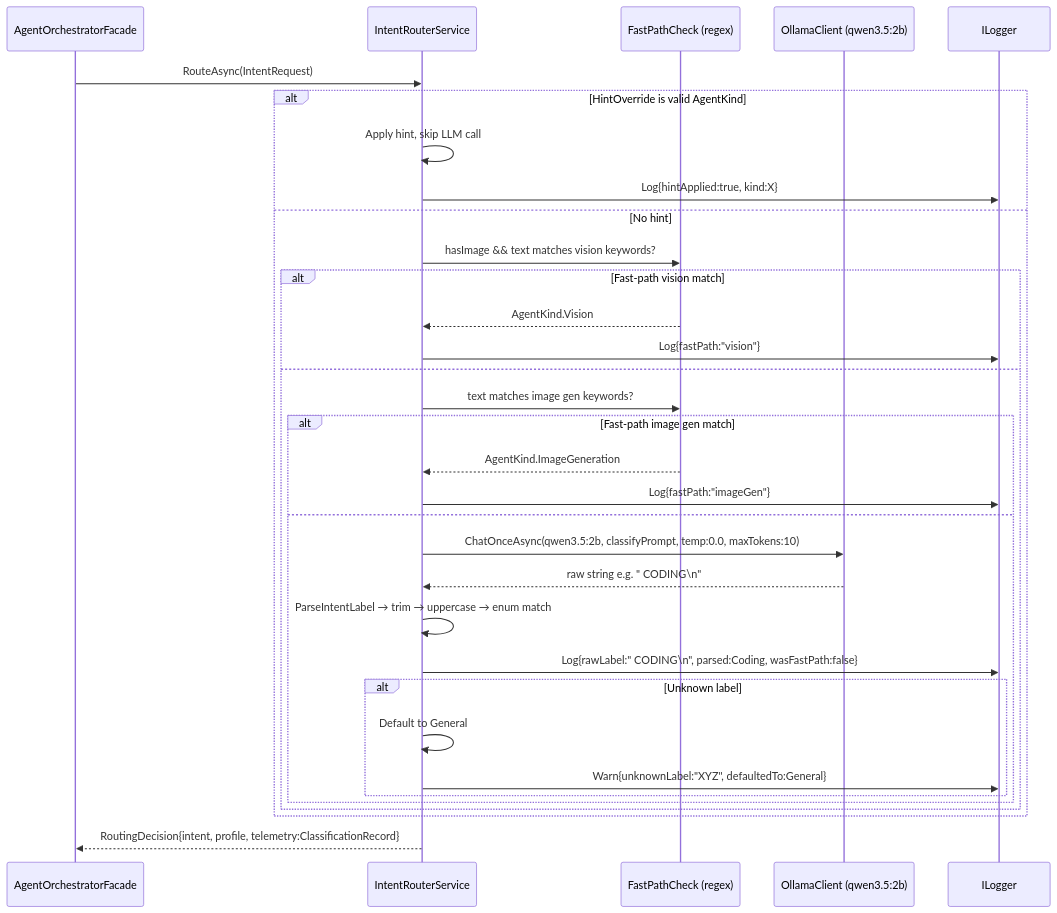
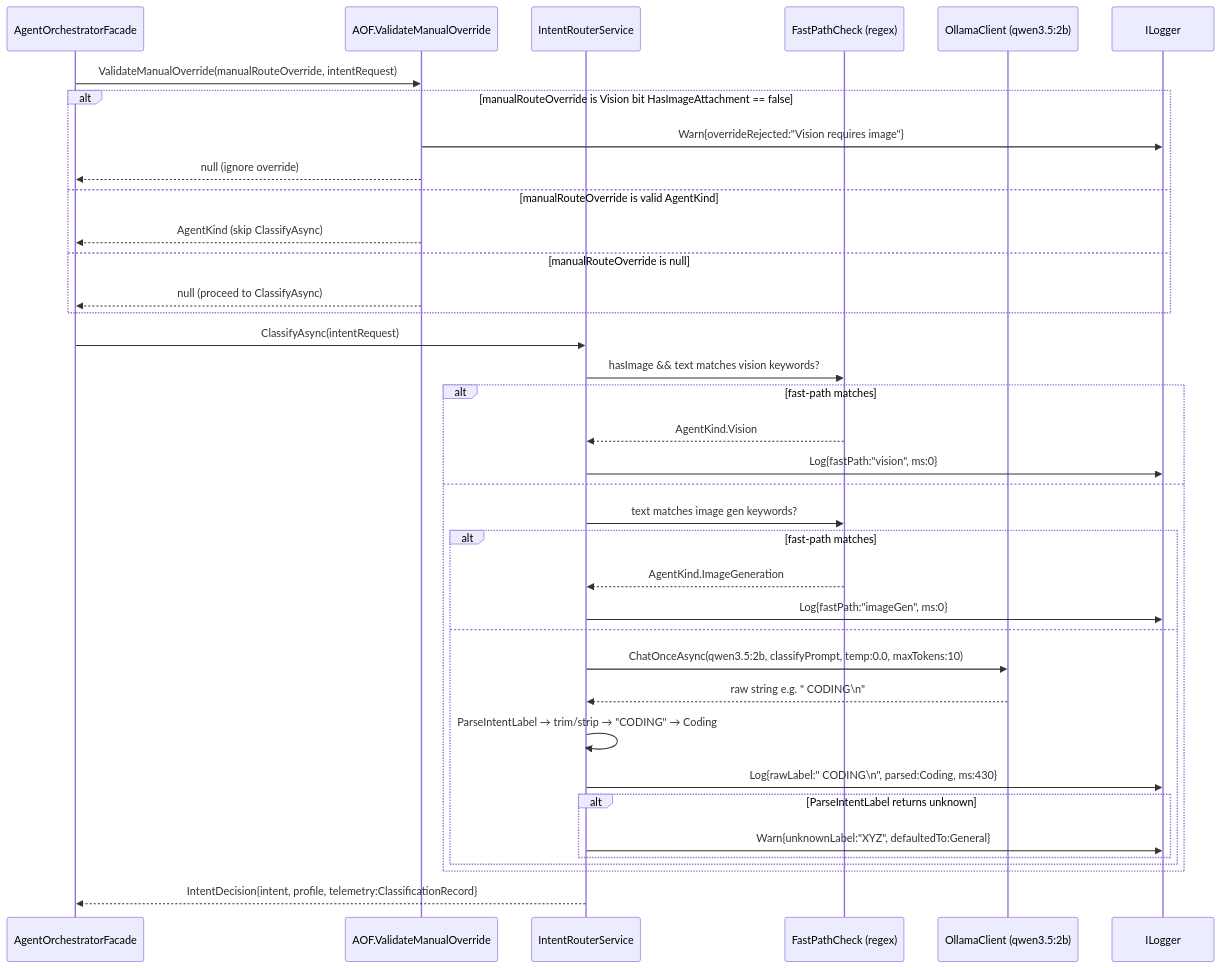
Diagram 16 of 19 in docs/AGENT_2_AGENT_ARCHITECTURE.md (ekanatha-urivakili/EminentAiAgent), drawn with Mermaid before and after one commit. The commit also changed other lines of this file and 58 other files, not shown here.

````diff
--- a/docs/AGENT_2_AGENT_ARCHITECTURE.md
+++ b/docs/AGENT_2_AGENT_ARCHITECTURE.md
@@ -1120,38 +1188,43 @@
 ```mermaid
 sequenceDiagram
-    participant Caller as AgentOrchestratorFacade
+    participant AOF as AgentOrchestratorFacade
+    participant AOF_V as AOF.ValidateManualOverride
     participant IR as IntentRouterService
     participant FP as FastPathCheck (regex)
     participant OC as OllamaClient (qwen3.5:2b)
     participant Log as ILogger
 
-    Caller->>IR: RouteAsync(IntentRequest)
+    AOF->>AOF_V: ValidateManualOverride(manualRouteOverride, intentRequest)
 
-    alt HintOverride is valid AgentKind
-        IR->>IR: Apply hint, skip LLM call
-        IR->>Log: Log{hintApplied:true, kind:X}
-    else No hint
-        IR->>FP: hasImage && text matches vision keywords?
-        alt Fast-path vision match
-            FP-->>IR: AgentKind.Vision
-            IR->>Log: Log{fastPath:"vision"}
+    alt manualRouteOverride is Vision bit HasImageAttachment == false
+        AOF_V->>Log: Warn{overrideRejected:"Vision requires image"}
+        AOF_V-->>AOF: null (ignore override)
+    else manualRouteOverride is valid AgentKind
+        AOF_V-->>AOF: AgentKind (skip ClassifyAsync)
+    else manualRouteOverride is null
+        AOF_V-->>AOF: null (proceed to ClassifyAsync)
+    end
+
+    AOF->>IR: ClassifyAsync(intentRequest)
+    IR->>FP: hasImage && text matches vision keywords?
+    alt fast-path matches
+        FP-->>IR: AgentKind.Vision
+        IR->>Log: Log{fastPath:"vision", ms:0}
+    else
+        IR->>FP: text matches image gen keywords?
+        alt fast-path matches
+            FP-->>IR: AgentKind.ImageGeneration
+            IR->>Log: Log{fastPath:"imageGen", ms:0}
         else
-            IR->>FP: text matches image gen keywords?
-            alt Fast-path image gen match
-                FP-->>IR: AgentKind.ImageGeneration
-                IR->>Log: Log{fastPath:"imageGen"}
-            else
-                IR->>OC: ChatOnceAsync(qwen3.5:2b, classifyPrompt, temp:0.0, maxTokens:10)
-                OC-->>IR: raw string e.g. "  CODING\n"
-                IR->>IR: ParseIntentLabel → trim → uppercase → enum match
-                IR->>Log: Log{rawLabel:"  CODING\n", parsed:Coding, wasFastPath:false}
-                alt Unknown label
-                    IR->>IR: Default to General
-                    IR->>Log: Warn{unknownLabel:"XYZ", defaultedTo:General}
-                end
+            IR->>OC: ChatOnceAsync(qwen3.5:2b, classifyPrompt, temp:0.0, maxTokens:10)
+            OC-->>IR: raw string e.g. "  CODING\n"
+            IR->>IR: ParseIntentLabel → trim/strip → "CODING" → Coding
+            IR->>Log: Log{rawLabel:"  CODING\n", parsed:Coding, ms:430}
+            alt ParseIntentLabel returns unknown
+                IR->>Log: Warn{unknownLabel:"XYZ", defaultedTo:General}
             end
         end
     end
 
-    IR-->>Caller: RoutingDecision{intent, profile, telemetry:ClassificationRecord}
+    IR-->>AOF: IntentDecision{intent, profile, telemetry:ClassificationRecord}
 ```
````
